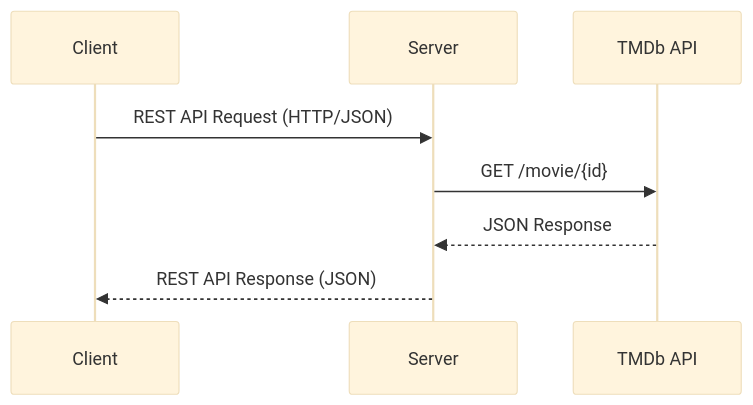
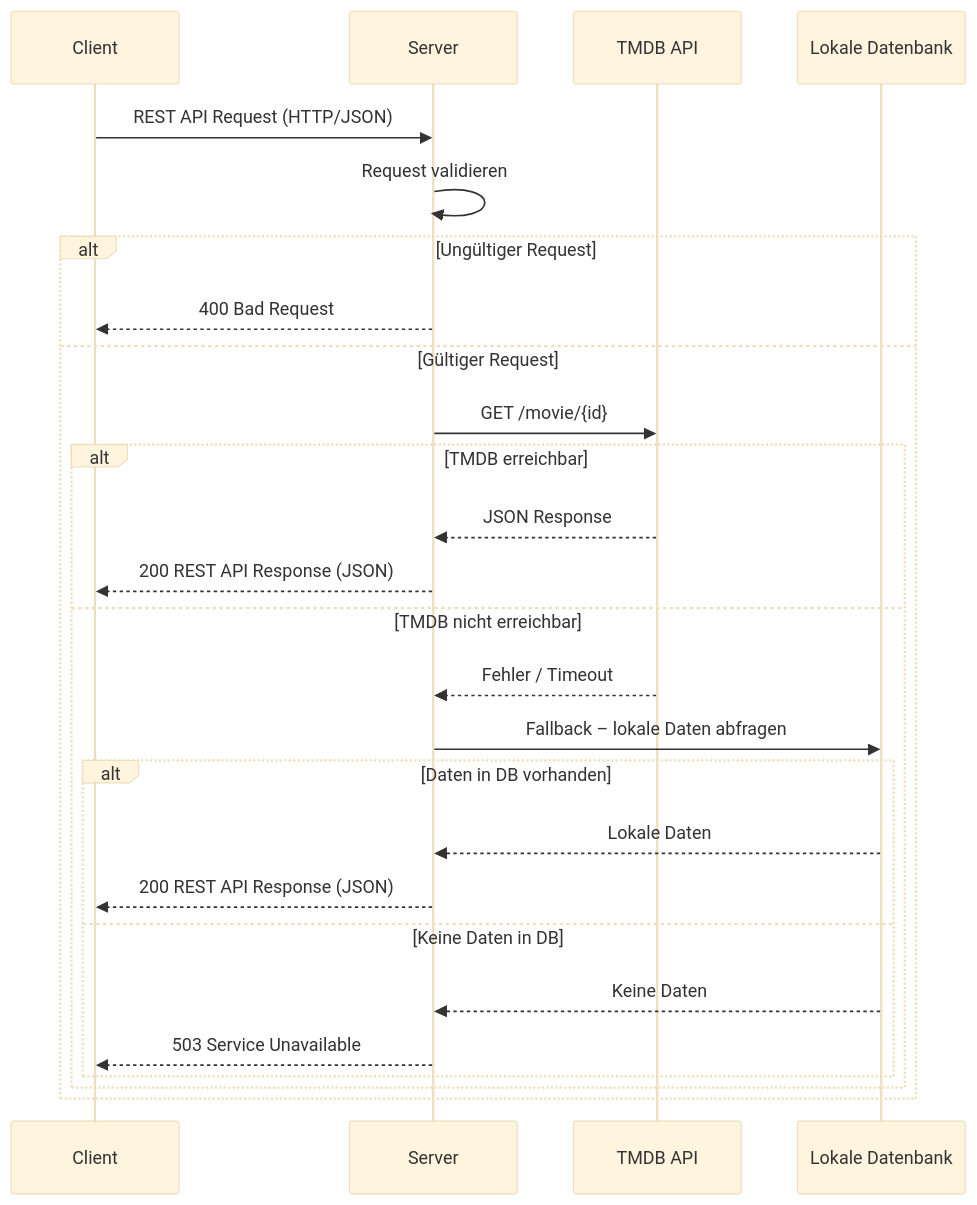
Before and after one commit to insurqassable/Film-Serien-Tracker: the diagram in Datenmodell/Architekturansatz.md, drawn with Mermaid (base theme).

Commit message:
Update sequence diagram with local database handling

````diff
--- a/Datenmodell/Architekturansatz.md
+++ b/Datenmodell/Architekturansatz.md
@@ -3,11 +3,30 @@
 ```mermaid
 sequenceDiagram
-  participant C as Client
-  participant S as Server
-  participant T as TMDb API
+    participant C as Client
+    participant S as Server
+    participant T as TMDB API
+    participant DB as Lokale Datenbank
 
-  C->>S: REST API Request (HTTP/JSON)
-  S->>T: GET /movie/{id}
-  T-->>S: JSON Response
-  S-->>C: REST API Response (JSON)
+    C->>S: REST API Request (HTTP/JSON)
+    S->>S: Request validieren
+
+    alt Ungültiger Request
+        S-->>C: 400 Bad Request
+    else Gültiger Request
+        S->>T: GET /movie/{id}
+        alt TMDB erreichbar
+            T-->>S: JSON Response
+            S-->>C: 200 REST API Response (JSON)
+        else TMDB nicht erreichbar
+            T-->>S: Fehler / Timeout
+            S->>DB: Fallback – lokale Daten abfragen
+            alt Daten in DB vorhanden
+                DB-->>S: Lokale Daten
+                S-->>C: 200 REST API Response (JSON)
+            else Keine Daten in DB
+                DB-->>S: Keine Daten
+                S-->>C: 503 Service Unavailable
+            end
+        end
+    end
 ```
````
